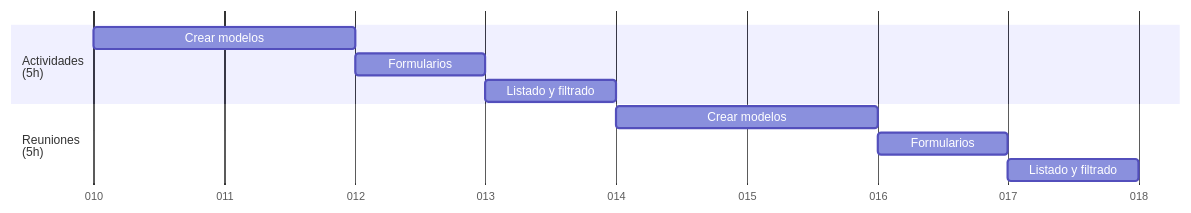
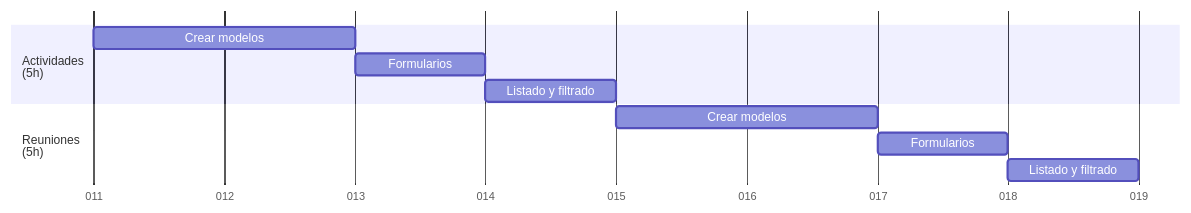
The second of 5 diagrams in .info/roadmap.md (Covija97/BadenTracker), drawn with Mermaid before and after one commit. The commit also changed other lines of this file, not shown here.

Commit message:
Update roadmap.md to adjust task durations and improve scheduling accuracy

````diff
--- a/.info/roadmap.md
+++ b/.info/roadmap.md
@@ -31,15 +31,15 @@
 ```mermaid
 gantt
     dateFormat  DDD
     axisFormat %j
 
     section Actividades<br>(5h)
-    Crear modelos               : 01-10, 2d
-    Formularios                 : 01-12, 1d
-    Listado y filtrado          : 01-13, 1d
+    Crear modelos               : 01-11, 2d
+    Formularios                 : 01-13, 1d
+    Listado y filtrado          : 01-14, 1d
     
     section Reuniones<br>(5h)
-    Crear modelos               : 01-14, 2d
-    Formularios                 : 01-16, 1d
-    Listado y filtrado          : 01-17, 1d
+    Crear modelos               : 01-15, 2d
+    Formularios                 : 01-17, 1d
+    Listado y filtrado          : 01-18, 1d
 ```
````
